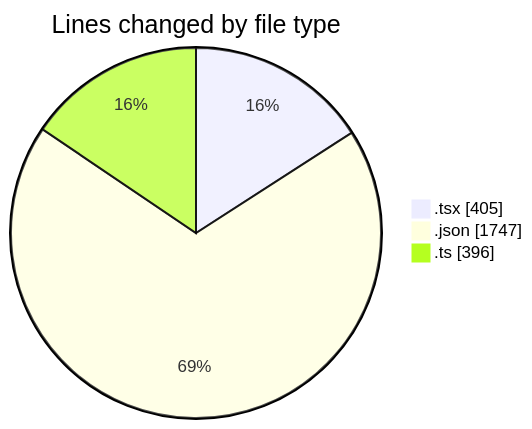
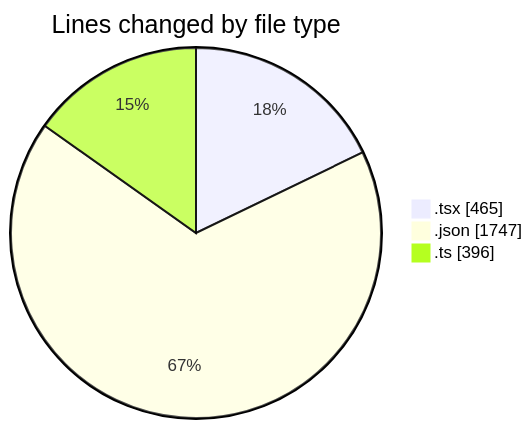
The first of 2 diagrams in 2025-10-30/eventscop-frontend-guide__workspace_/README.md (julien-gomy/code-tracking), drawn with Mermaid before and after one commit. The commit also changed other lines of this file and 1 other file, not shown here.

````diff
--- a/2025-10-30/eventscop-frontend-guide__workspace_/README.md
+++ b/2025-10-30/eventscop-frontend-guide__workspace_/README.md
@@ -28,7 +29,7 @@
 ```mermaid
 pie showData
 title Lines changed by file type
-".tsx" : 405
+".tsx" : 465
 ".json" : 1747
 ".ts" : 396
 ```
````
